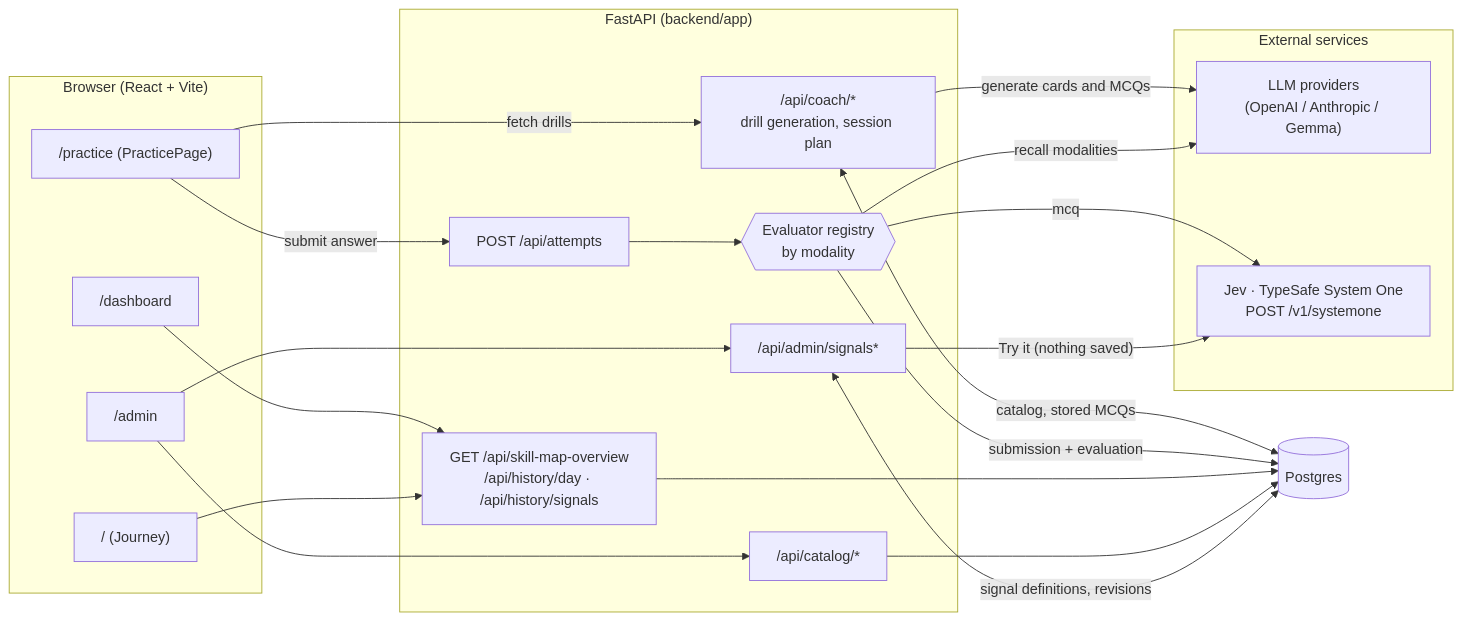
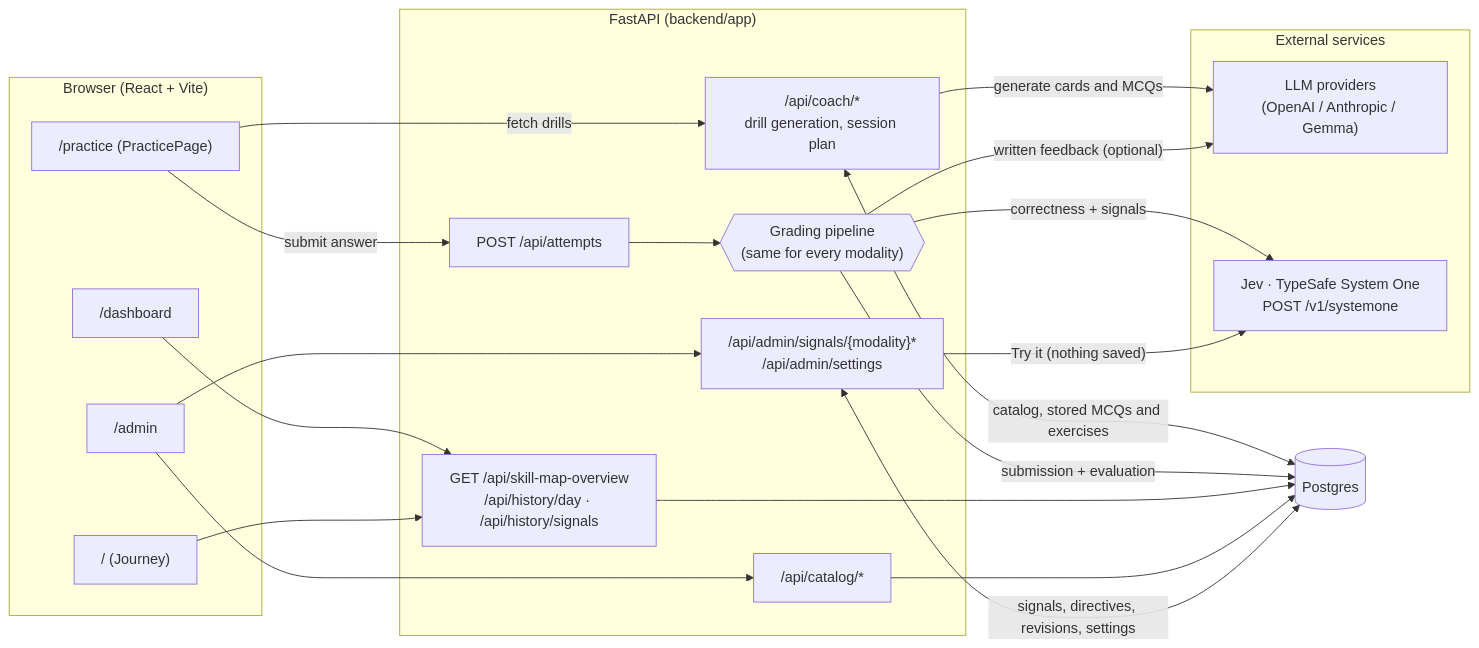
The first of 5 diagrams in docs/data-flow.md (maxmarzolf/system1), drawn with Mermaid before and after one commit. The commit also changed other lines of this file and 8 other files, not shown here.

````diff
--- a/docs/data-flow.md
+++ b/docs/data-flow.md
@@ -7,43 +7,43 @@
 ```mermaid
 flowchart LR
   subgraph Browser["Browser (React + Vite)"]
     Practice["/practice (PracticePage)"]
     Dashboard["/dashboard"]
     Journey["/ (Journey)"]
     Admin["/admin"]
   end
 
   subgraph API["FastAPI (backend/app)"]
     Coach["/api/coach/*<br/>drill generation, session plan"]
     Attempts["POST /api/attempts"]
     Reads["GET /api/skill-map-overview<br/>/api/history/day · /api/history/signals"]
     Catalog["/api/catalog/*"]
-    AdminAPI["/api/admin/signals*"]
-    Evaluators{{"Evaluator registry<br/>by modality"}}
+    AdminAPI["/api/admin/signals/{modality}*<br/>/api/admin/settings"]
+    Pipeline{{"Grading pipeline<br/>(same for every modality)"}}
   end
 
   subgraph External["External services"]
     LLM["LLM providers<br/>(OpenAI / Anthropic / Gemma)"]
     Jev["Jev · TypeSafe System One<br/>POST /v1/systemone"]
   end
 
   DB[("Postgres")]
 
   Practice -->|"fetch drills"| Coach
   Coach -->|"generate cards and MCQs"| LLM
-  Coach <-->|"catalog, stored MCQs"| DB
+  Coach <-->|"catalog, stored MCQs and exercises"| DB
   Practice -->|"submit answer"| Attempts
-  Attempts --> Evaluators
-  Evaluators -->|"mcq"| Jev
-  Evaluators -->|"recall modalities"| LLM
-  Evaluators -->|"submission + evaluation"| DB
+  Attempts --> Pipeline
+  Pipeline -->|"correctness + signals"| Jev
+  Pipeline -->|"written feedback (optional)"| LLM
+  Pipeline -->|"submission + evaluation"| DB
 
   Dashboard --> Reads
   Journey --> Reads
   Reads --> DB
   Admin --> Catalog
   Catalog --> DB
   Admin --> AdminAPI
-  AdminAPI <-->|"signal definitions, revisions"| DB
+  AdminAPI <-->|"signals, directives, revisions, settings"| DB
   AdminAPI -->|"Try it (nothing saved)"| Jev
 ```
````
